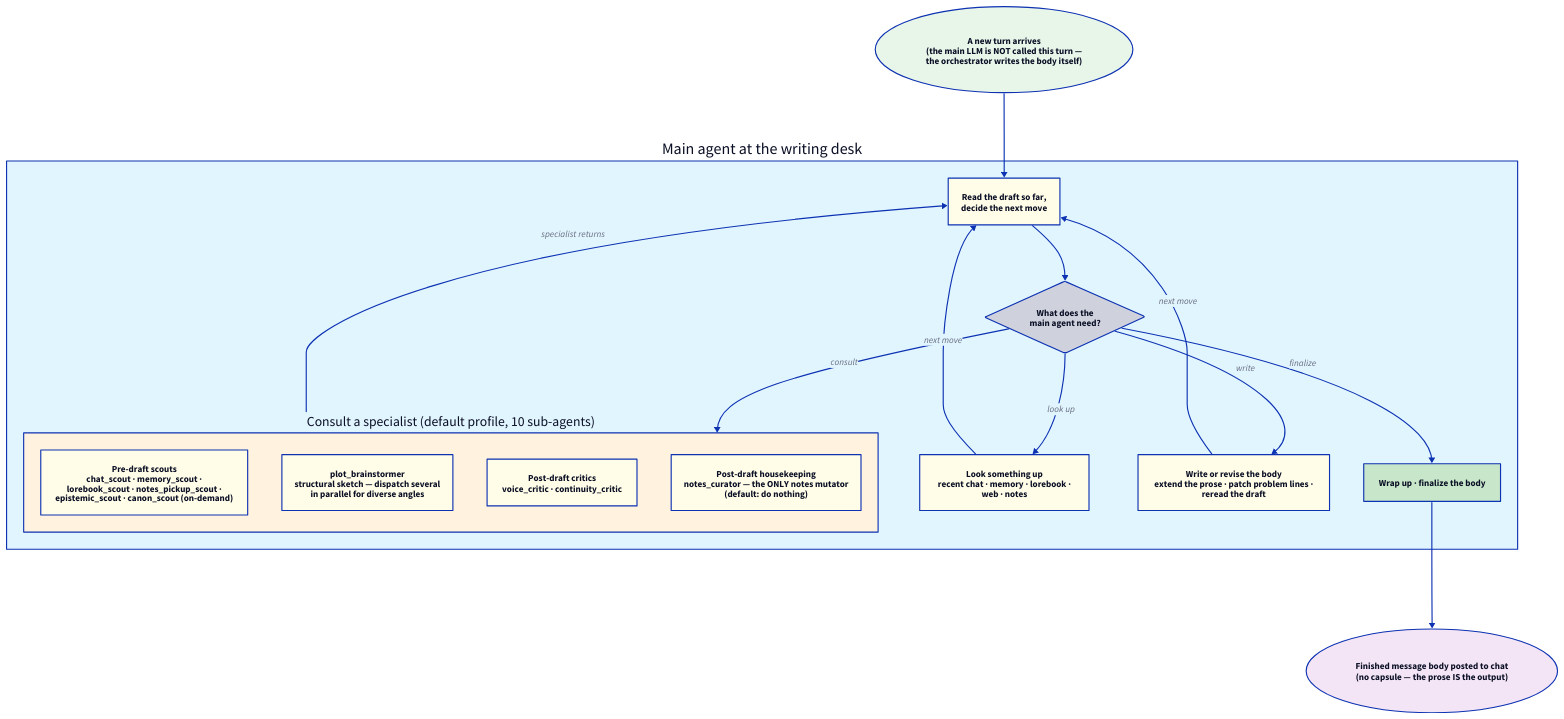
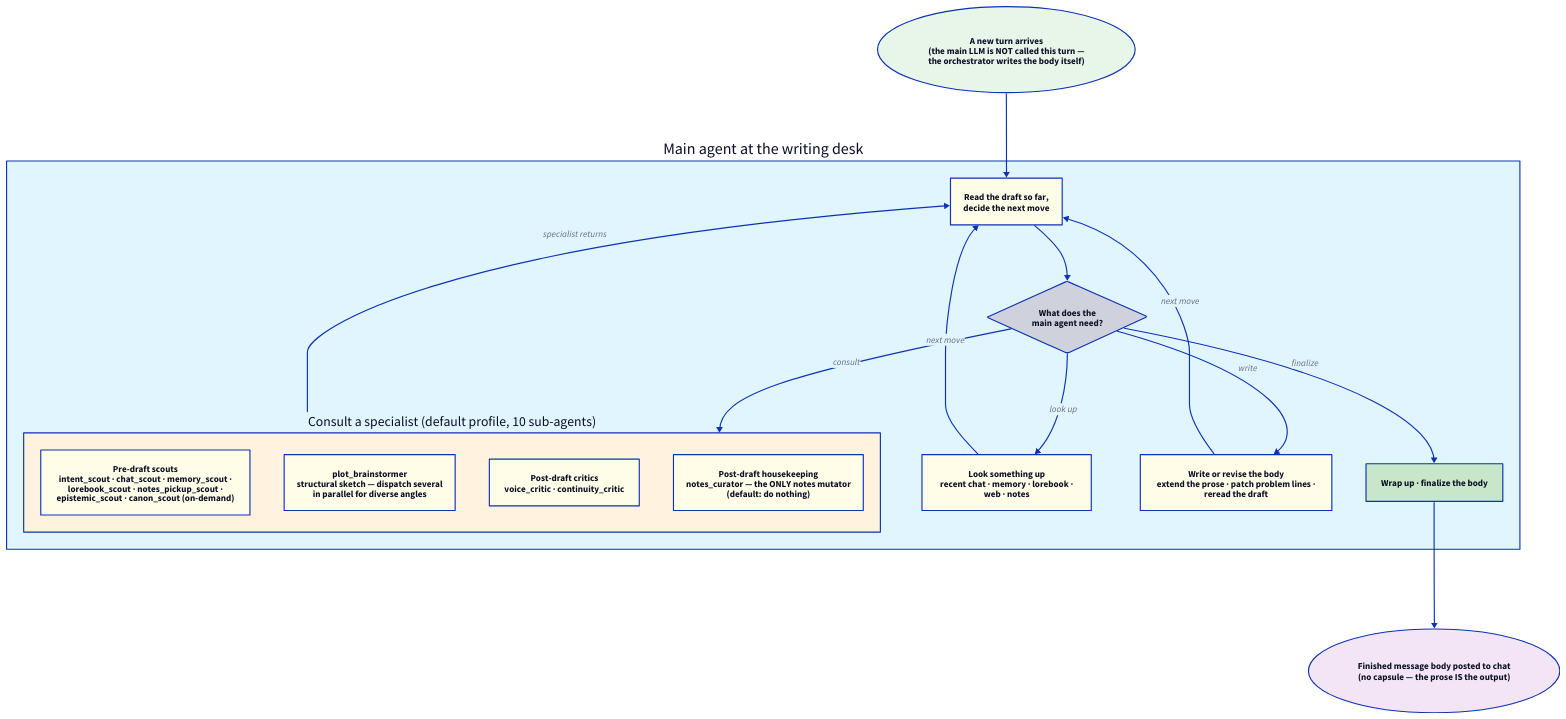
The diagram in docs/features/orchestrator/director.md (funnycups/Luker), drawn with D2 before and after one commit. The commit also changed other lines of this file and 7 other files, not shown here.

````diff
--- a/docs/features/orchestrator/director.md
+++ b/docs/features/orchestrator/director.md
@@ -66,65 +66,65 @@
 ```d2
 direction: down
 
 start: "A new turn arrives\n(the main LLM is NOT called this turn —\nthe orchestrator writes the body itself)" {
   shape: oval
   style.fill: "#e8f5e9"
 }
 
 loop: "Main agent at the writing desk" {
   style.fill: "#e1f5ff"
 
   think: "Read the draft so far,\ndecide the next move" {
     style.fill: "#fffde7"
   }
 
   decide: "What does the\nmain agent need?" {
     shape: diamond
   }
 
   consult: "Consult a specialist (default profile, 10 sub-agents)" {
     style.fill: "#fff3e0"
-    pre: "Pre-draft scouts\nchat_scout · memory_scout ·\nlorebook_scout · notes_pickup_scout ·\nepistemic_scout · canon_scout (on-demand)" {
+    pre: "Pre-draft scouts\nintent_scout · chat_scout · memory_scout ·\nlorebook_scout · notes_pickup_scout ·\nepistemic_scout · canon_scout (on-demand)" {
       style.fill: "#fffde7"
     }
     mid: "plot_brainstormer\nstructural sketch — dispatch several\nin parallel for diverse angles" {
       style.fill: "#fffde7"
     }
     post: "Post-draft critics\nvoice_critic · continuity_critic" {
       style.fill: "#fffde7"
     }
     housekeeping: "Post-draft housekeeping\nnotes_curator — the ONLY notes mutator\n(default: do nothing)" {
       style.fill: "#fffde7"
     }
   }
 
   research: "Look something up\nrecent chat · memory · lorebook ·\nweb · notes" {
     style.fill: "#fffde7"
   }
 
   write: "Write or revise the body\nextend the prose · patch problem lines ·\nreread the draft" {
     style.fill: "#fffde7"
   }
 
   finalize: "Wrap up · finalize the body" {
     style.fill: "#c8e6c9"
   }
 
   think -> decide
   decide -> consult: "consult"
   decide -> research: "look up"
   decide -> write: "write"
   decide -> finalize: "finalize"
   consult -> think: "specialist returns"
   research -> think: "next move"
   write -> think: "next move"
 }
 
 out: "Finished message body posted to chat\n(no capsule — the prose IS the output)" {
   shape: oval
   style.fill: "#f3e5f5"
 }
 
 start -> loop.think
 loop.finalize -> out
 ```
````
